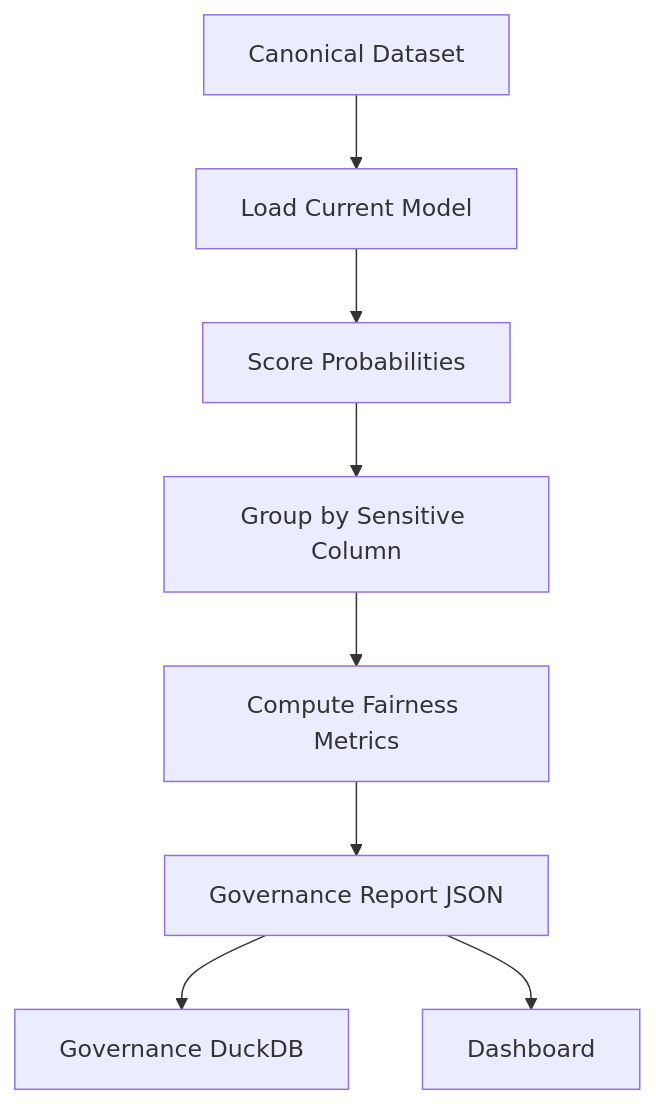
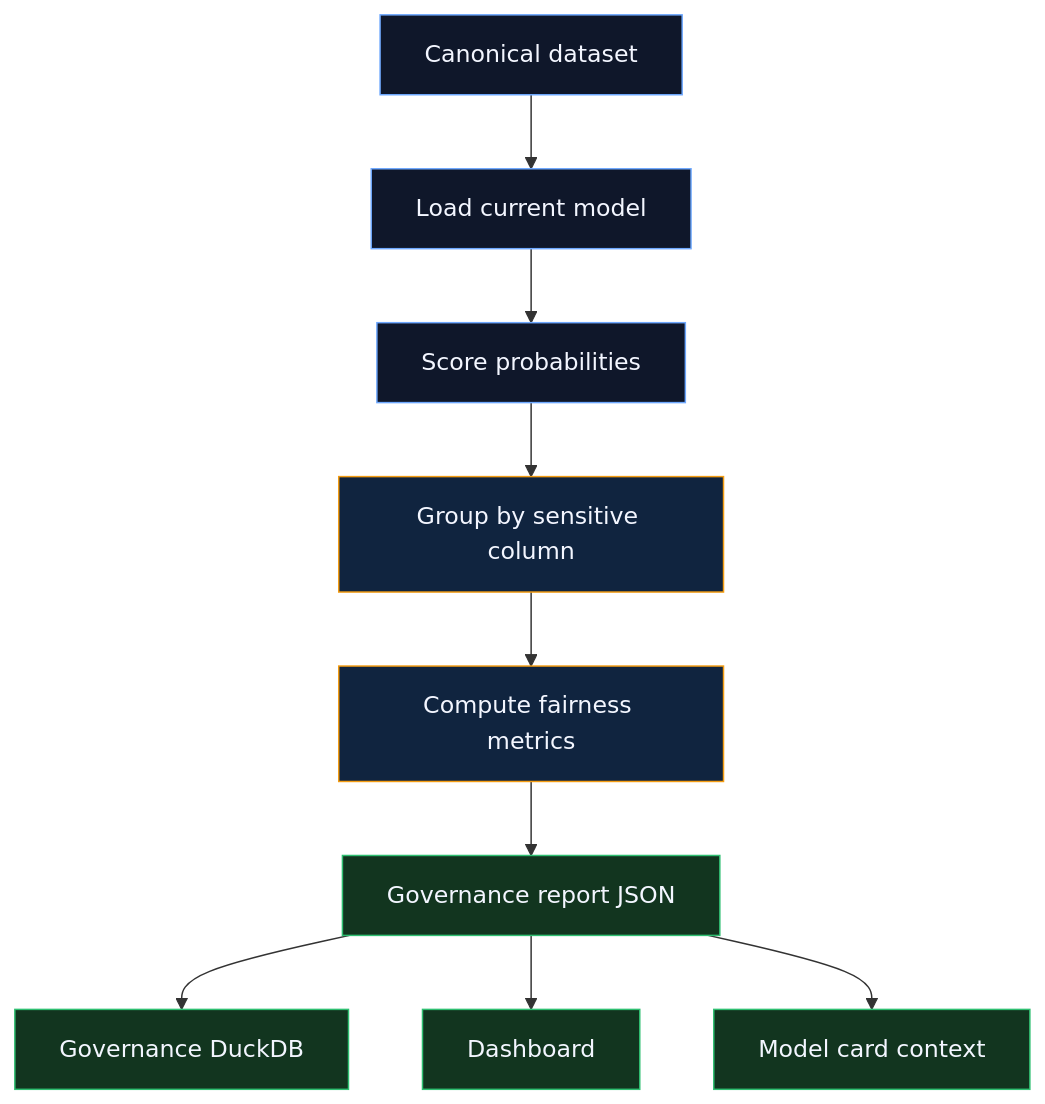
One commit to AngelP17/Rift changed the fifth of 5 diagrams in README.md. Above: the diagram before and after it, drawn with Mermaid. The commit also changed other lines of this file and 8 other files, not shown here.

````diff
--- a/README.md
+++ b/README.md
@@ -436,10 +506,18 @@
 ```mermaid
 flowchart TD
-    A[Canonical Dataset] --> B[Load Current Model]
-    B --> C[Score Probabilities]
-    C --> D[Group by Sensitive Column]
-    D --> E[Compute Fairness Metrics]
-    E --> F[Governance Report JSON]
-    F --> G[Governance DuckDB]
-    F --> H[Dashboard]
+    A["Canonical dataset"] --> B["Load current model"]
+    B --> C["Score probabilities"]
+    C --> D["Group by sensitive column"]
+    D --> E["Compute fairness metrics"]
+    E --> F["Governance report JSON"]
+    F --> G["Governance DuckDB"]
+    F --> H["Dashboard"]
+    F --> I["Model card context"]
+
+    classDef data fill:#0f172a,stroke:#6ea8fe,color:#f3f6ff
+    classDef metric fill:#10243f,stroke:#f39c12,color:#f3f6ff
+    classDef output fill:#12351f,stroke:#2fbf71,color:#f3f6ff
+    class A,B,C data
+    class D,E metric
+    class F,G,H,I output
 ```
````
